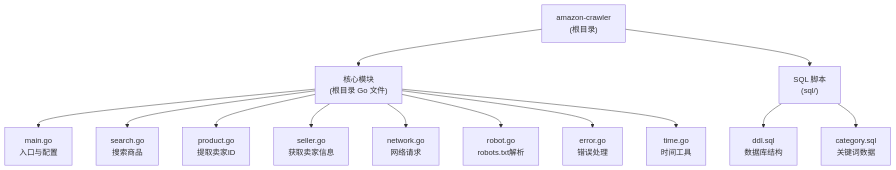
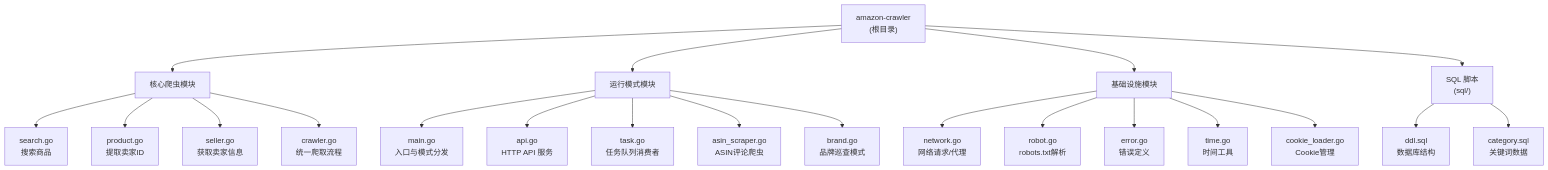
One commit to iotwlw/amazon-crawler changed the diagram in CLAUDE.md. Above: the diagram before and after it, drawn with Mermaid. The commit also changed other lines of this file and 1 other file, not shown here.

````diff
--- a/CLAUDE.md
+++ b/CLAUDE.md
@@ -41,21 +50,27 @@
 ```mermaid
 graph TD
-    A["amazon-crawler<br/>(根目录)"] --> B["核心模块<br/>(根目录 Go 文件)"];
-    A --> C["SQL 脚本<br/>(sql/)"];
+    A["amazon-crawler<br/>(根目录)"] --> B["核心爬虫模块"];
+    A --> C["运行模式模块"];
+    A --> D["基础设施模块"];
+    A --> E["SQL 脚本<br/>(sql/)"];
 
-    B --> B1["main.go<br/>入口与配置"];
-    B --> B2["search.go<br/>搜索商品"];
-    B --> B3["product.go<br/>提取卖家ID"];
-    B --> B4["seller.go<br/>获取卖家信息"];
-    B --> B5["network.go<br/>网络请求"];
-    B --> B6["robot.go<br/>robots.txt解析"];
-    B --> B7["error.go<br/>错误处理"];
-    B --> B8["time.go<br/>时间工具"];
+    B --> B1["search.go<br/>搜索商品"];
+    B --> B2["product.go<br/>提取卖家ID"];
+    B --> B3["seller.go<br/>获取卖家信息"];
+    B --> B4["crawler.go<br/>统一爬取流程"];
 
-    C --> C1["ddl.sql<br/>数据库结构"];
-    C --> C2["category.sql<br/>关键词数据"];
+    C --> C1["main.go<br/>入口与模式分发"];
+    C --> C2["api.go<br/>HTTP API 服务"];
+    C --> C3["task.go<br/>任务队列消费者"];
+    C --> C4["asin_scraper.go<br/>ASIN评论爬虫"];
+    C --> C5["brand.go<br/>品牌巡查模式"];
 
-    click B "./CLAUDE.md" "查看核心模块文档"
-    click C1 "./sql/ddl.sql.md" "查看数据库结构"
-    click C2 "./sql/category.sql.md" "查看关键词数据"
+    D --> D1["network.go<br/>网络请求/代理"];
+    D --> D2["robot.go<br/>robots.txt解析"];
+    D --> D3["error.go<br/>错误定义"];
+    D --> D4["time.go<br/>时间工具"];
+    D --> D5["cookie_loader.go<br/>Cookie管理"];
+
+    E --> E1["ddl.sql<br/>数据库结构"];
+    E --> E2["category.sql<br/>关键词数据"];
 ```
````
